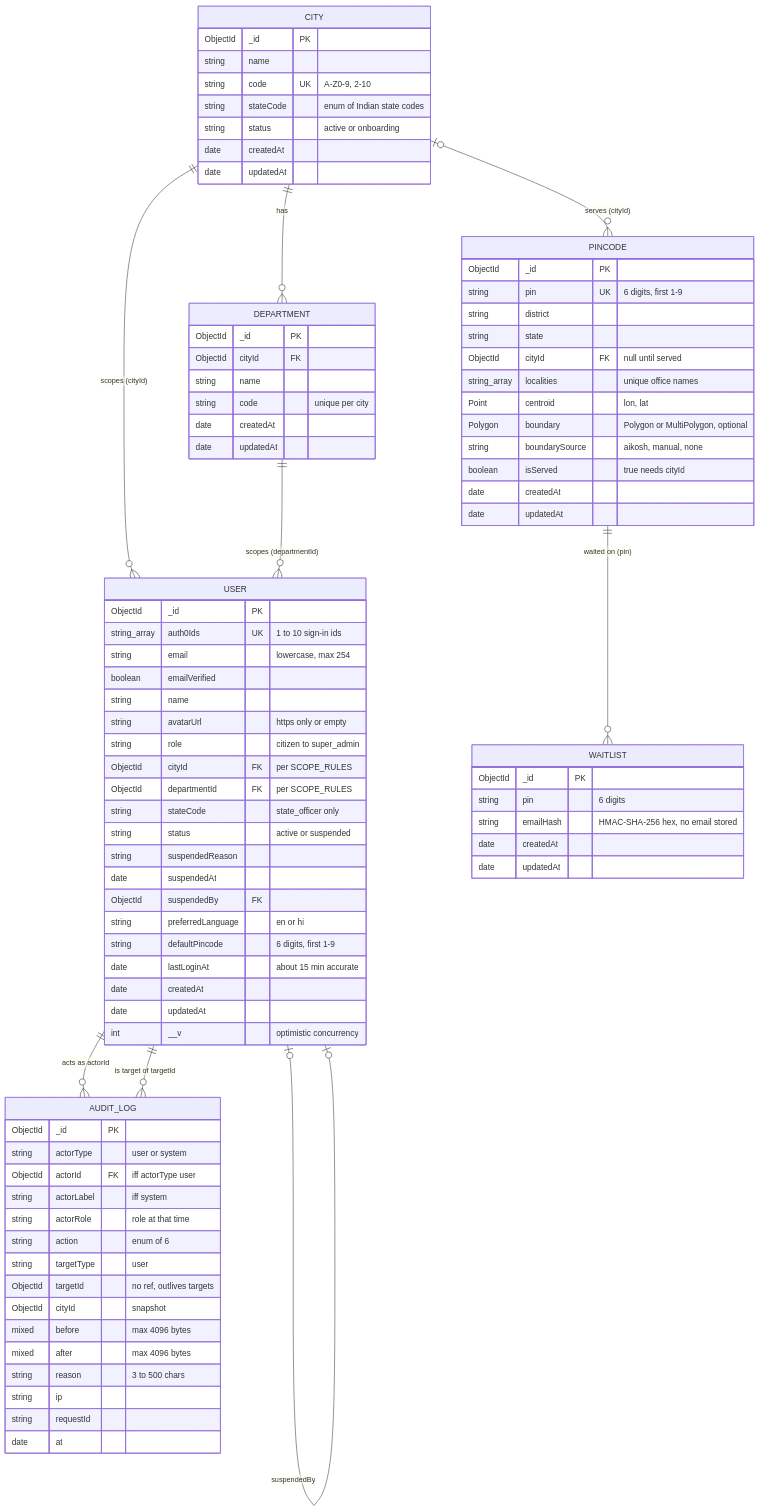
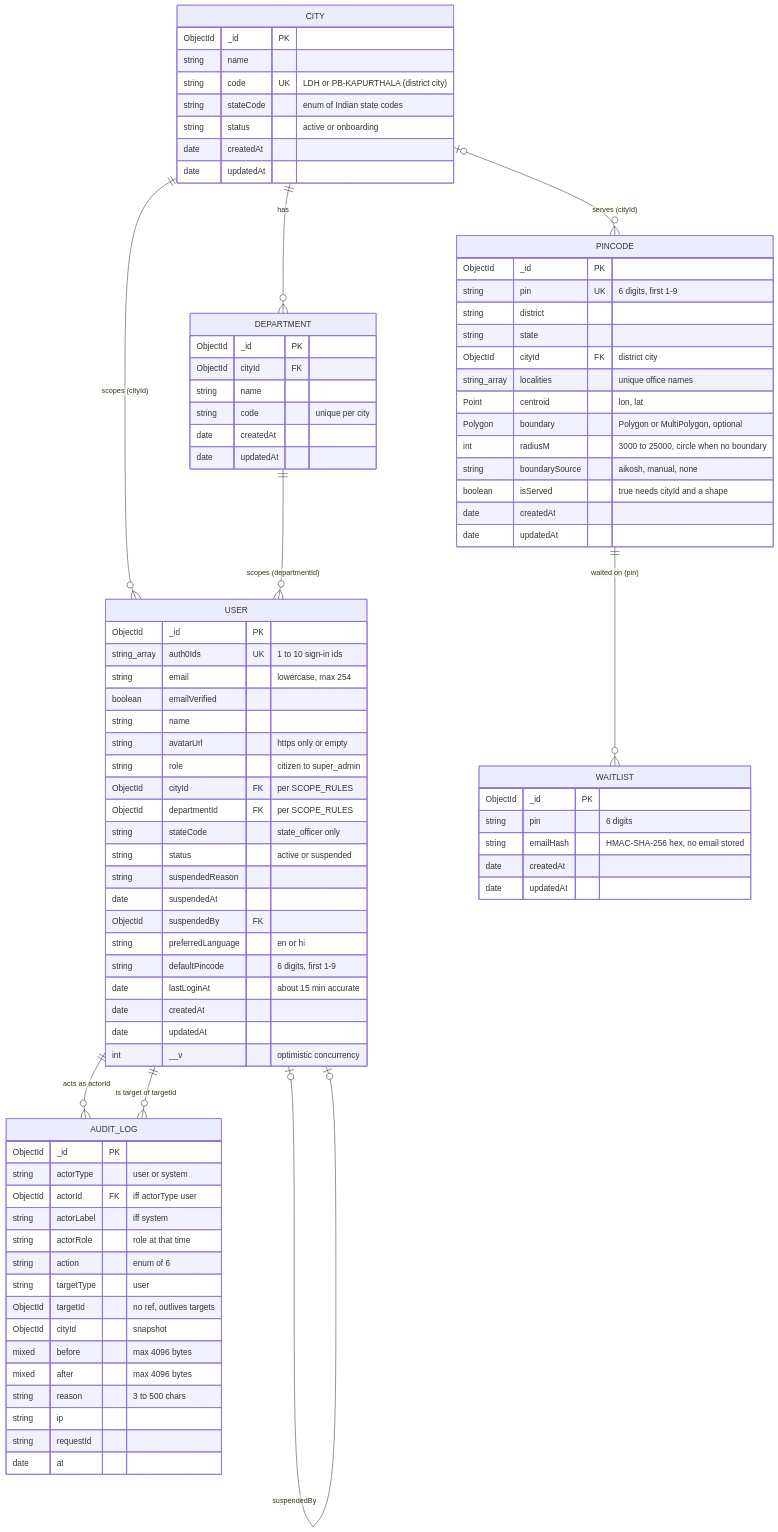
Diagram 14 of 37 in docs/ARCHITECTURE.md (sachinsharmaa07/NVN), drawn with Mermaid before and after one commit. The commit also changed other lines of this file and 13 other files, not shown here.

Commit message:
feat(server): national pincode import from GeoNames with district cities and per-pincode radius

```diff
--- a/docs/ARCHITECTURE.md
+++ b/docs/ARCHITECTURE.md
@@ -819,7 +819,7 @@
   CITY {
     ObjectId _id PK
     string name
-    string code UK "A-Z0-9, 2-10"
+    string code UK "LDH or PB-KAPURTHALA (district city)"
     string stateCode "enum of Indian state codes"
     string status "active or onboarding"
     date createdAt
@@ -830,12 +830,13 @@
     string pin UK "6 digits, first 1-9"
     string district
     string state
-    ObjectId cityId FK "null until served"
+    ObjectId cityId FK "district city"
     string_array localities "unique office names"
     Point centroid "lon, lat"
     Polygon boundary "Polygon or MultiPolygon, optional"
+    int radiusM "3000 to 25000, circle when no boundary"
     string boundarySource "aikosh, manual, none"
-    boolean isServed "true needs cityId"
+    boolean isServed "true needs cityId and a shape"
     date createdAt
     date updatedAt
   }
```
